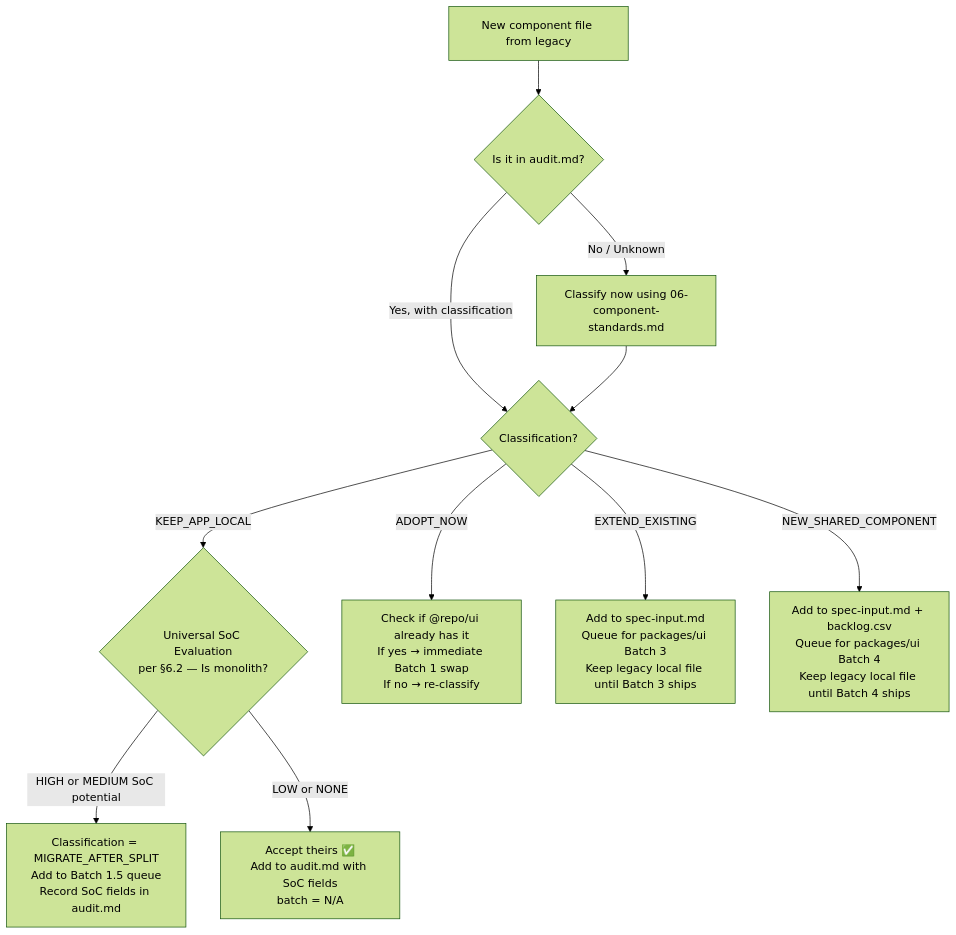
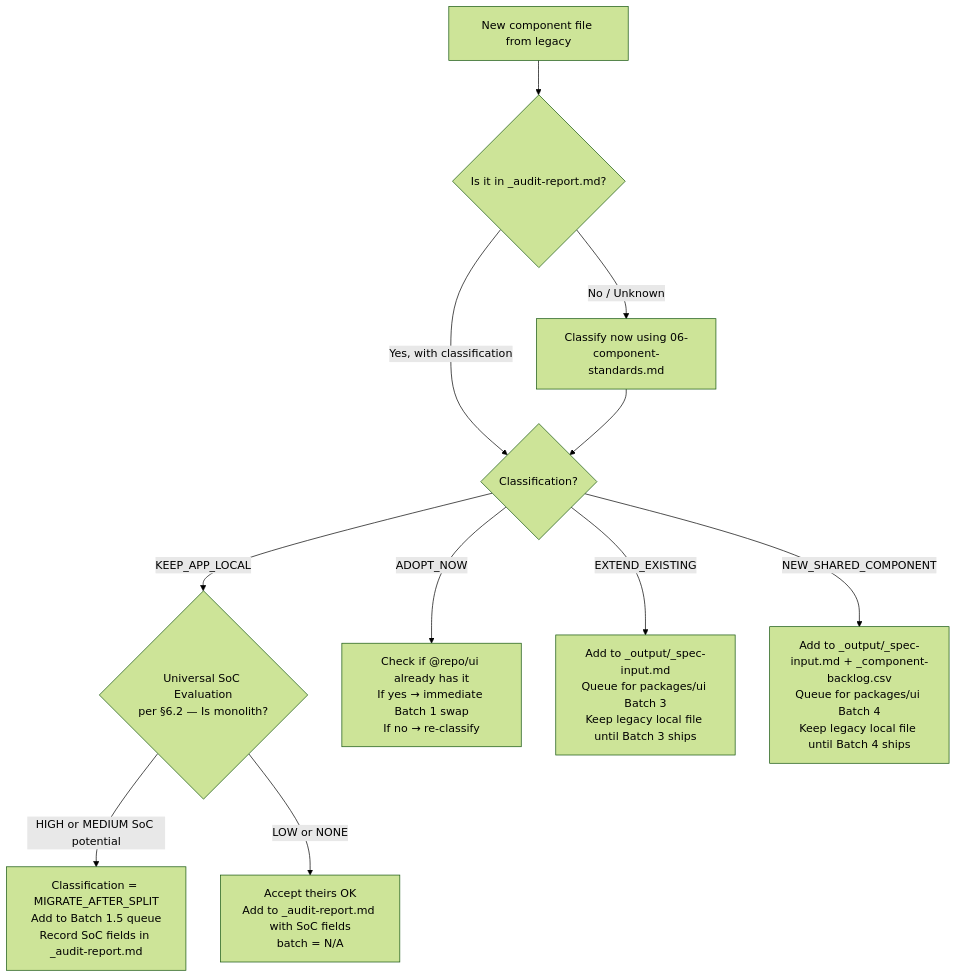
The diagram in apps/admin-portal/docs/migration/component/legacy-update-integration-guide.md (mahardikakdenie/.agent-skills), drawn with Mermaid (forest theme) before and after one commit. The commit also changed other lines of this file and 20 other files, not shown here.

````diff
--- a/apps/admin-portal/docs/migration/component/legacy-update-integration-guide.md
+++ b/apps/admin-portal/docs/migration/component/legacy-update-integration-guide.md
@@ -121,13 +120,13 @@
 ```mermaid
 flowchart TD
-    A[New component file from legacy] --> B{Is it in audit.md?}
+    A[New component file from legacy] --> B{Is it in _audit-report.md?}
     B -->|Yes, with classification| C{Classification?}
     B -->|No / Unknown| D[Classify now using 06-component-standards.md]
     D --> C
     C -->|KEEP_APP_LOCAL| SOC{Universal SoC Evaluation<br/>per §6.2 — Is monolith?}
-    SOC -->|HIGH or MEDIUM SoC potential| MAF[Classification = MIGRATE_AFTER_SPLIT<br/>Add to Batch 1.5 queue<br/>Record SoC fields in audit.md]
-    SOC -->|LOW or NONE| E[Accept theirs ✅<br/>Add to audit.md with SoC fields<br/>batch = N/A]
+    SOC -->|HIGH or MEDIUM SoC potential| MAF[Classification = MIGRATE_AFTER_SPLIT<br/>Add to Batch 1.5 queue<br/>Record SoC fields in _audit-report.md]
+    SOC -->|LOW or NONE| E[Accept theirs OK<br/>Add to _audit-report.md with SoC fields<br/>batch = N/A]
     C -->|ADOPT_NOW| F[Check if @repo/ui already has it<br/>If yes → immediate Batch 1 swap<br/>If no → re-classify]
-    C -->|EXTEND_EXISTING| G[Add to spec-input.md<br/>Queue for packages/ui Batch 3<br/>Keep legacy local file until Batch 3 ships]
-    C -->|NEW_SHARED_COMPONENT| H[Add to spec-input.md + backlog.csv<br/>Queue for packages/ui Batch 4<br/>Keep legacy local file until Batch 4 ships]
+    C -->|EXTEND_EXISTING| G[Add to _output/_spec-input.md<br/>Queue for packages/ui Batch 3<br/>Keep legacy local file until Batch 3 ships]
+    C -->|NEW_SHARED_COMPONENT| H[Add to _output/_spec-input.md + _component-backlog.csv<br/>Queue for packages/ui Batch 4<br/>Keep legacy local file until Batch 4 ships]
 ```
````
